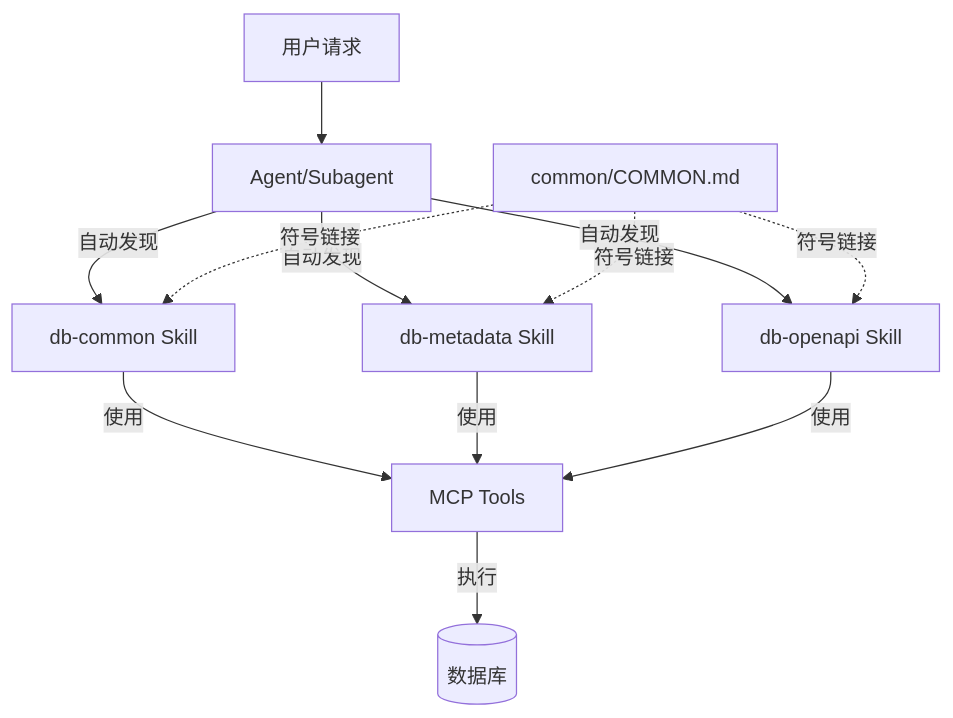
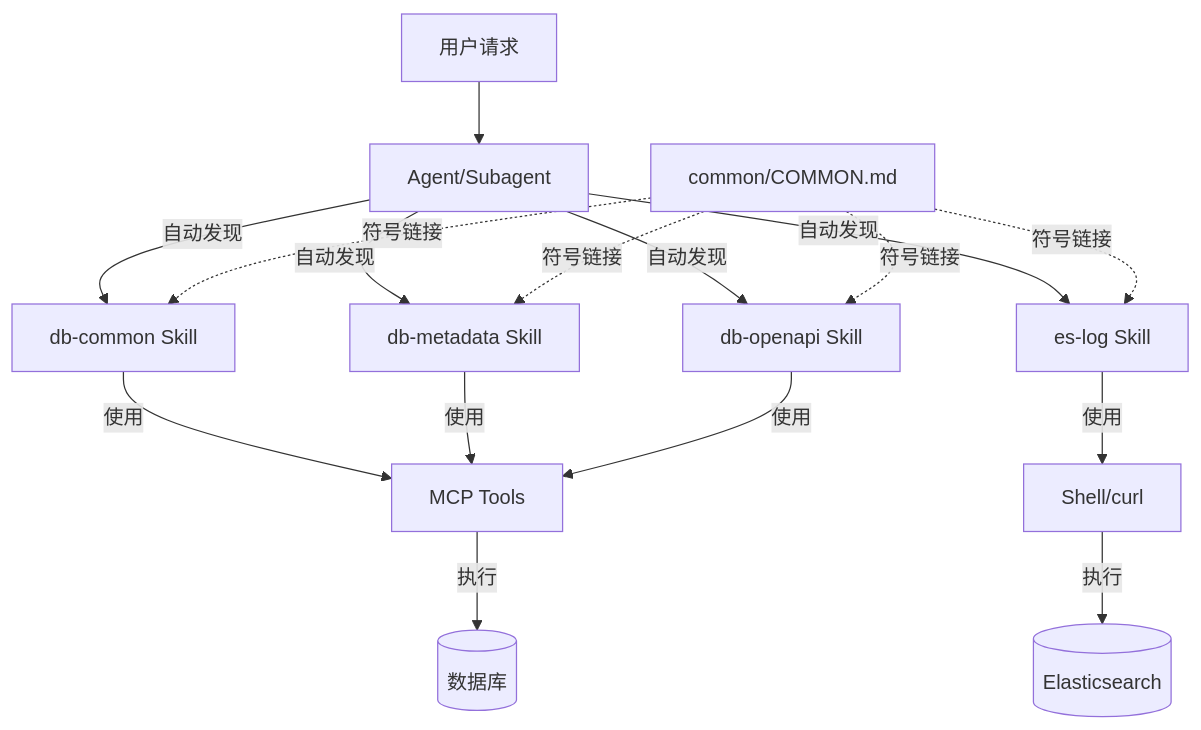
Before and after one commit to Blacklake-Tech/blacklake-claude-marketplace: the diagram in plugins/blacklake-plugin/DESIGN.md, drawn with Mermaid. The commit also changed other lines of this file and 2 other files, not shown here.

First line of the commit message:
feat(skill): 添加 ES 日志查询 skill

````diff
--- a/plugins/blacklake-plugin/DESIGN.md
+++ b/plugins/blacklake-plugin/DESIGN.md
@@ -74,15 +74,19 @@
 ```mermaid
 graph TB
     User[用户请求] --> Agent[Agent/Subagent]
     Agent -->|自动发现| Skill1[db-common Skill]
     Agent -->|自动发现| Skill2[db-metadata Skill]
     Agent -->|自动发现| Skill3[db-openapi Skill]
+    Agent -->|自动发现| Skill4[es-log Skill]
     Skill1 -->|使用| MCP[MCP Tools]
     Skill2 -->|使用| MCP
     Skill3 -->|使用| MCP
+    Skill4 -->|使用| Shell[Shell/curl]
     MCP -->|执行| DB[(数据库)]
+    Shell -->|执行| ES[(Elasticsearch)]
     
     Common[common/COMMON.md] -.->|符号链接| Skill1
     Common -.->|符号链接| Skill2
     Common -.->|符号链接| Skill3
+    Common -.->|符号链接| Skill4
 ```
````
